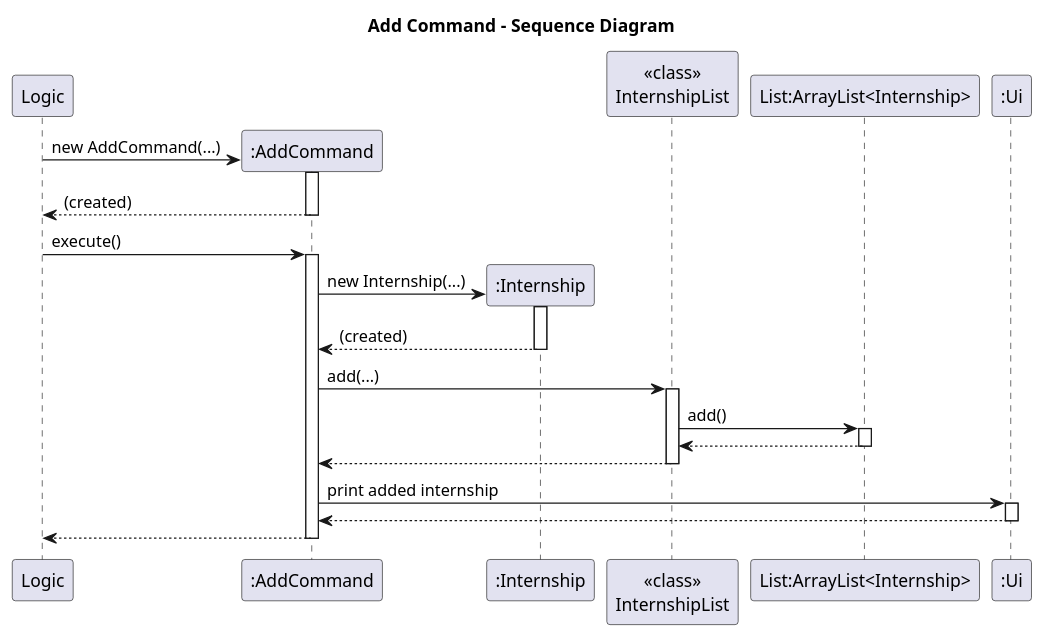
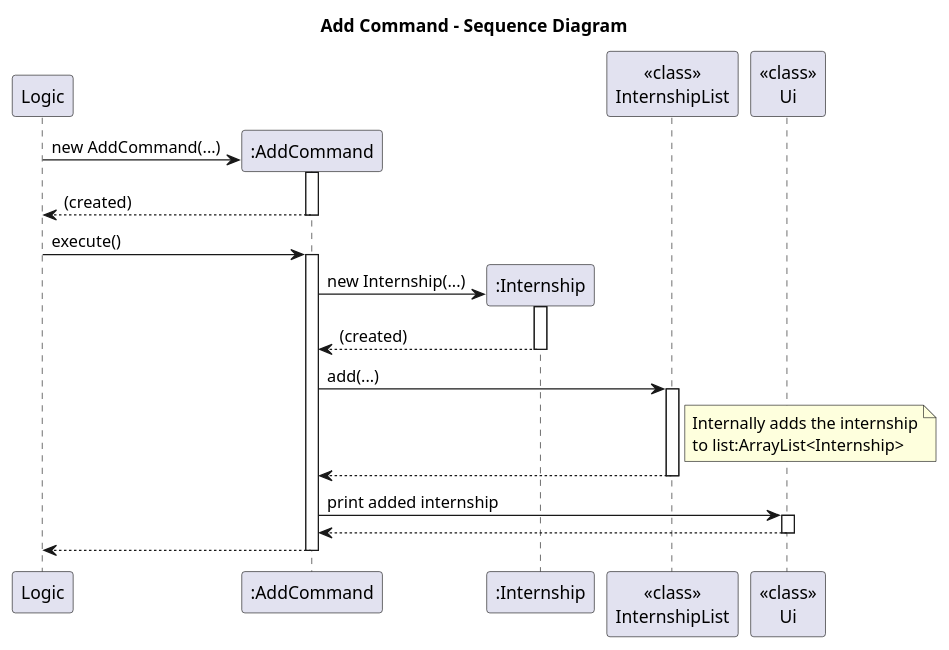
Before and after one commit to AY2526S1-CS2113-W14-4/tp: the diagram in docs/diagrams/AddCommandSD.puml, drawn with PlantUML.

Commit message:
Update AddCommand sequence diagram to remove ArrayList

```diff
--- a/docs/diagrams/AddCommandSD.puml
+++ b/docs/diagrams/AddCommandSD.puml
@@ -1,40 +1,36 @@
 @startuml
 title Add Command - Sequence Diagram
 
 participant Logic
 participant ":AddCommand" as AC
 participant ":Internship" as IN
 participant "<<class>>\nInternshipList" as IL
-participant "List:ArrayList<Internship>" as LI
-participant ":Ui" as Ui
+participant "<<class>>\nUi" as Ui
 
 Logic -> AC**: new AddCommand(...)
 activate AC
 return (created)
 
 Logic -> AC: execute()
 activate AC
 
 AC -> IN**: new Internship(...)
 activate IN
 IN --> AC: (created)
 deactivate IN
 
 AC -> IL: add(...)
 activate IL
-IL -> LI: add()
-activate LI
-LI --> IL
-deactivate LI
+note right of IL: Internally adds the internship\nto list:ArrayList<Internship>
 IL --> AC
 deactivate IL
 
 AC -> Ui: print added internship
 activate Ui
 Ui --> AC
 deactivate Ui
 
 AC --> Logic
 deactivate AC
 
 @enduml
```
